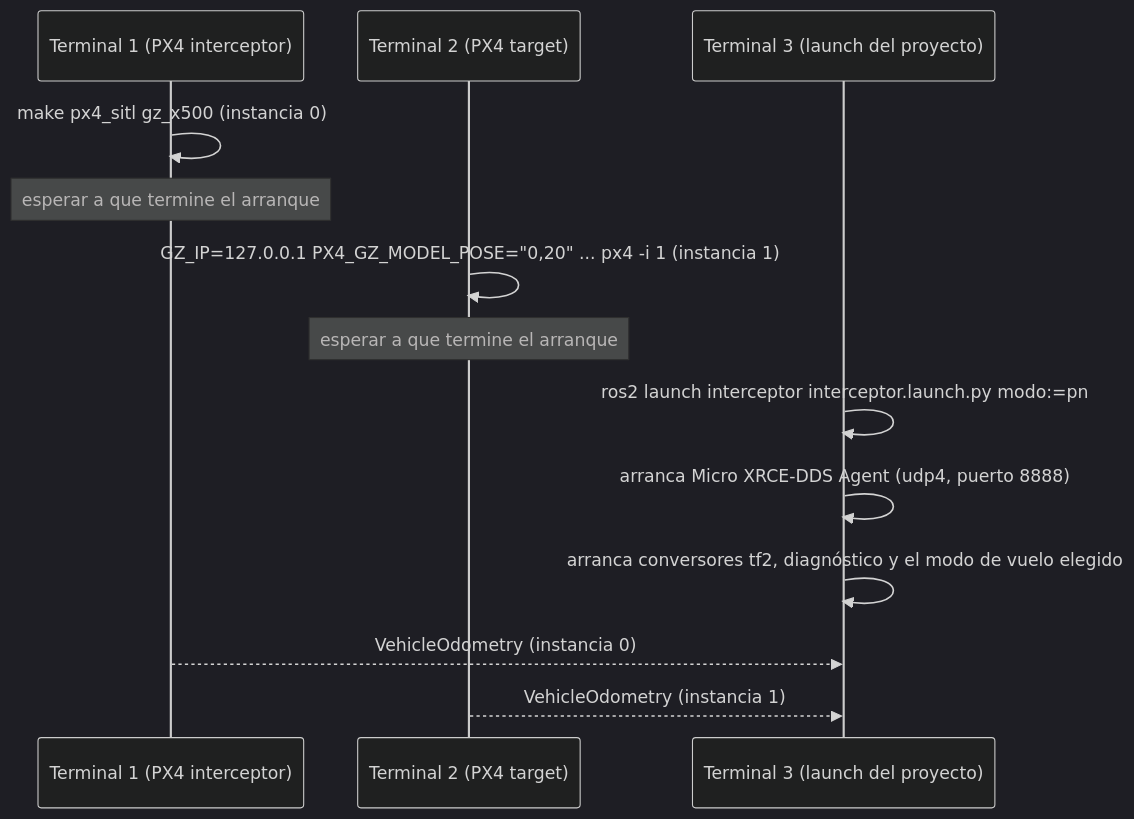
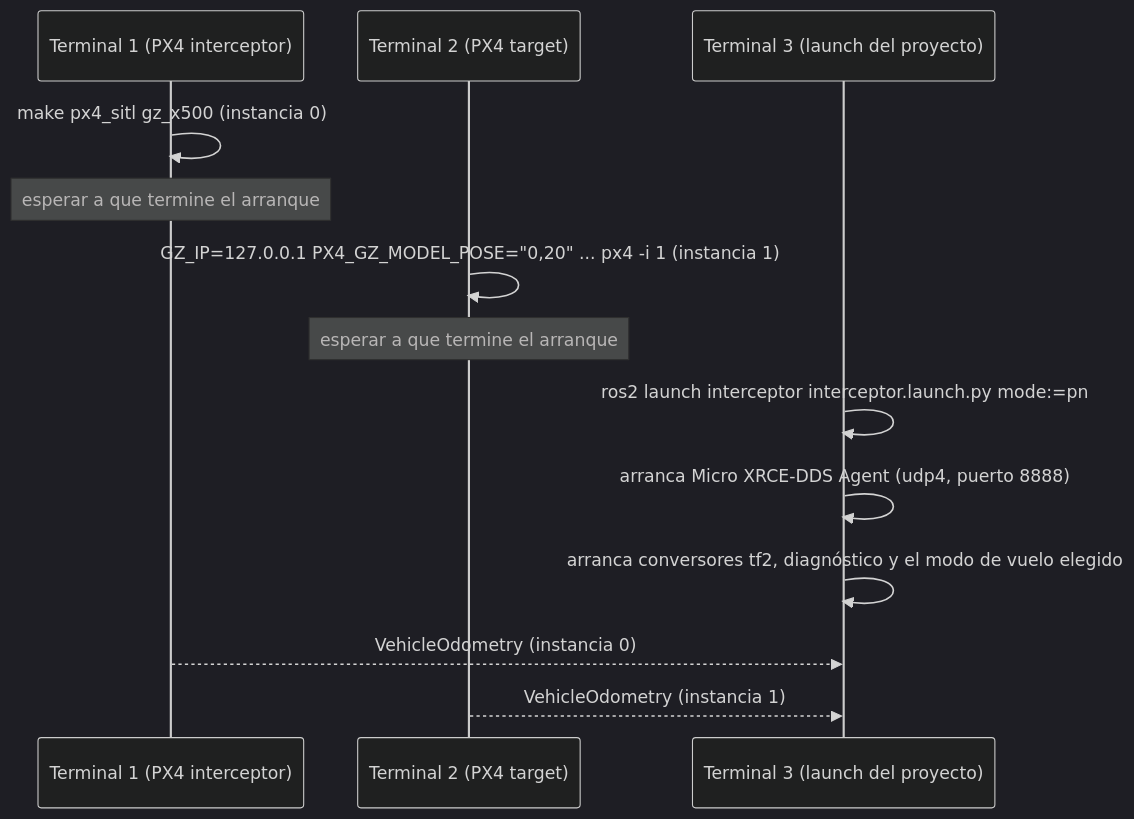
Before and after one commit to PACO-Interceptor/ws_interceptor: the diagram in docs/wiki/Simulation.md, drawn with Mermaid. The commit also changed other lines of this file and 7 other files, not shown here.

First line of the commit message:
CI permissions, website link and rename launch argument modo -> mode (#28)

````diff
--- a/docs/wiki/Simulation.md
+++ b/docs/wiki/Simulation.md
@@ -94,17 +94,17 @@
 ```mermaid
 %%{init: {"theme": "dark"}}%%
 sequenceDiagram
     participant T1 as Terminal 1 (PX4 interceptor)
     participant T2 as Terminal 2 (PX4 target)
     participant T3 as Terminal 3 (launch del proyecto)
 
     T1->>T1: make px4_sitl gz_x500 (instancia 0)
     Note over T1: esperar a que termine el arranque
     T2->>T2: GZ_IP=127.0.0.1 PX4_GZ_MODEL_POSE="0,20" ... px4 -i 1 (instancia 1)
     Note over T2: esperar a que termine el arranque
-    T3->>T3: ros2 launch interceptor interceptor.launch.py modo:=pn
+    T3->>T3: ros2 launch interceptor interceptor.launch.py mode:=pn
     T3->>T3: arranca Micro XRCE-DDS Agent (udp4, puerto 8888)
     T3->>T3: arranca conversores tf2, diagnóstico y el modo de vuelo elegido
     T1-->>T3: VehicleOdometry (instancia 0)
     T2-->>T3: VehicleOdometry (instancia 1)
 ```
````
